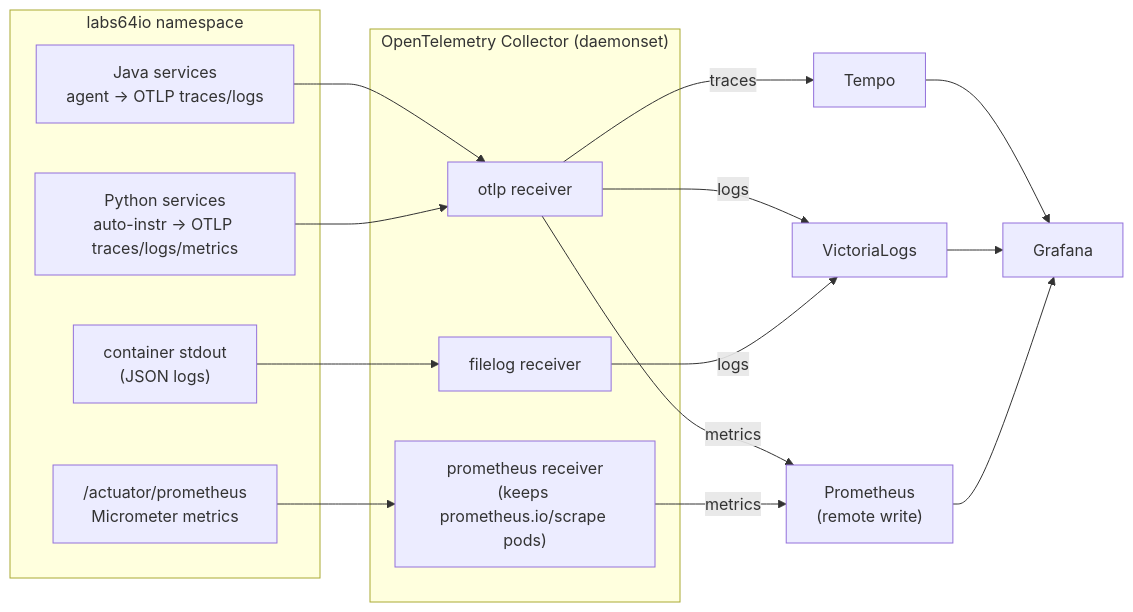
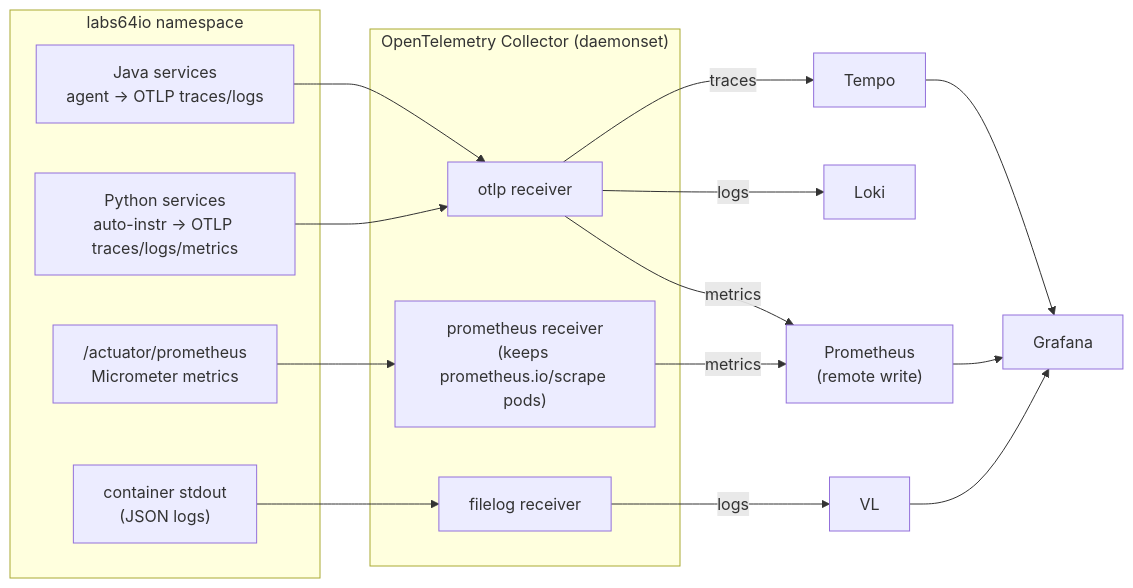
The second of 2 diagrams in OBSERVABILITY.md (Labs64/labs64.io-helm-charts), drawn with Mermaid before and after one commit. The commit also changed other lines of this file and 8 other files, not shown here.

Commit message:
USe Loki instead of VictoriaLogs

````diff
--- a/OBSERVABILITY.md
+++ b/OBSERVABILITY.md
@@ -178,26 +178,26 @@
 ```mermaid
 flowchart LR
     subgraph svc["labs64io namespace"]
         JV["Java services<br/>agent → OTLP traces/logs"]
         PY["Python services<br/>auto-instr → OTLP traces/logs/metrics"]
         MET["/actuator/prometheus<br/>Micrometer metrics"]
         STDOUT["container stdout<br/>(JSON logs)"]
     end
     subgraph col["OpenTelemetry Collector (daemonset)"]
         OTLP["otlp receiver"]
         PROMR["prometheus receiver<br/>(keeps prometheus.io/scrape pods)"]
         FILE["filelog receiver"]
     end
     JV --> OTLP
     PY --> OTLP
     MET --> PROMR
     STDOUT --> FILE
     OTLP -- traces --> TEMPO["Tempo"]
-    OTLP -- logs --> VL["VictoriaLogs"]
+    OTLP -- logs --> LOKI["Loki"]
     OTLP -- metrics --> PROM["Prometheus<br/>(remote write)"]
     PROMR -- metrics --> PROM
     FILE -- logs --> VL
     TEMPO --> GRAF["Grafana"]
     VL --> GRAF
     PROM --> GRAF
 ```
````
